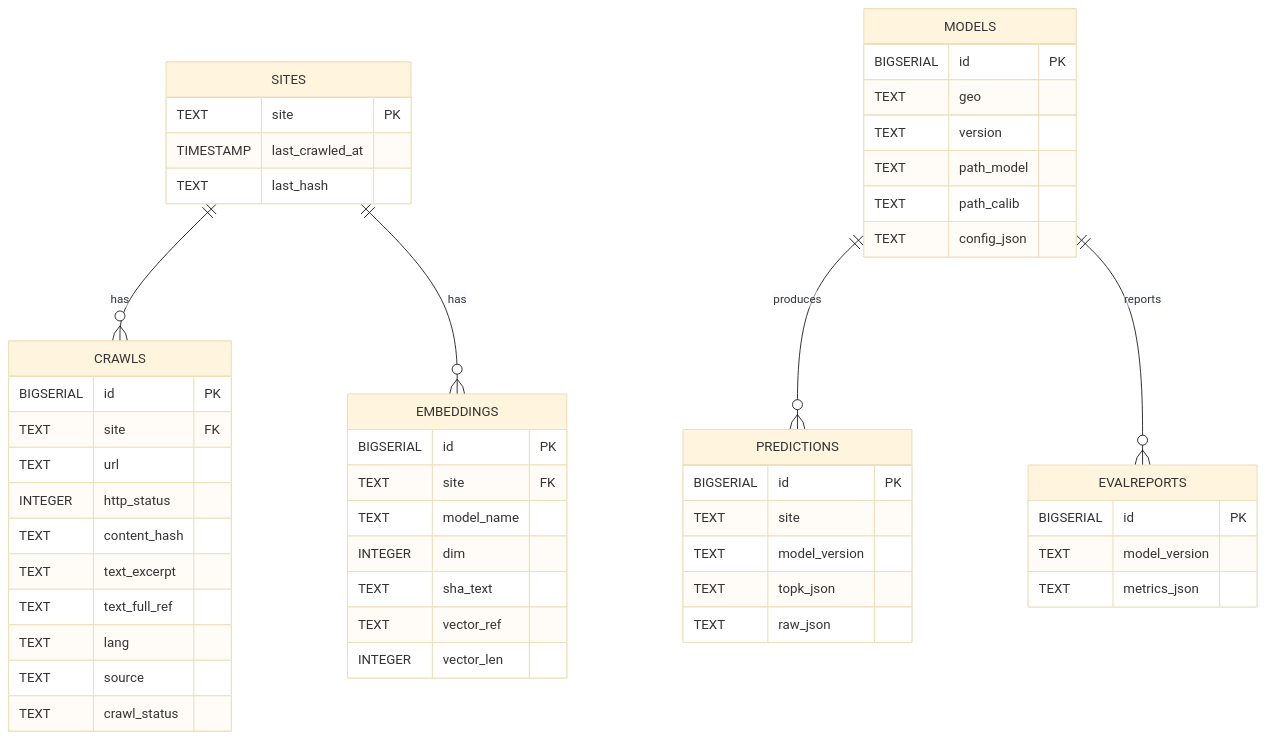
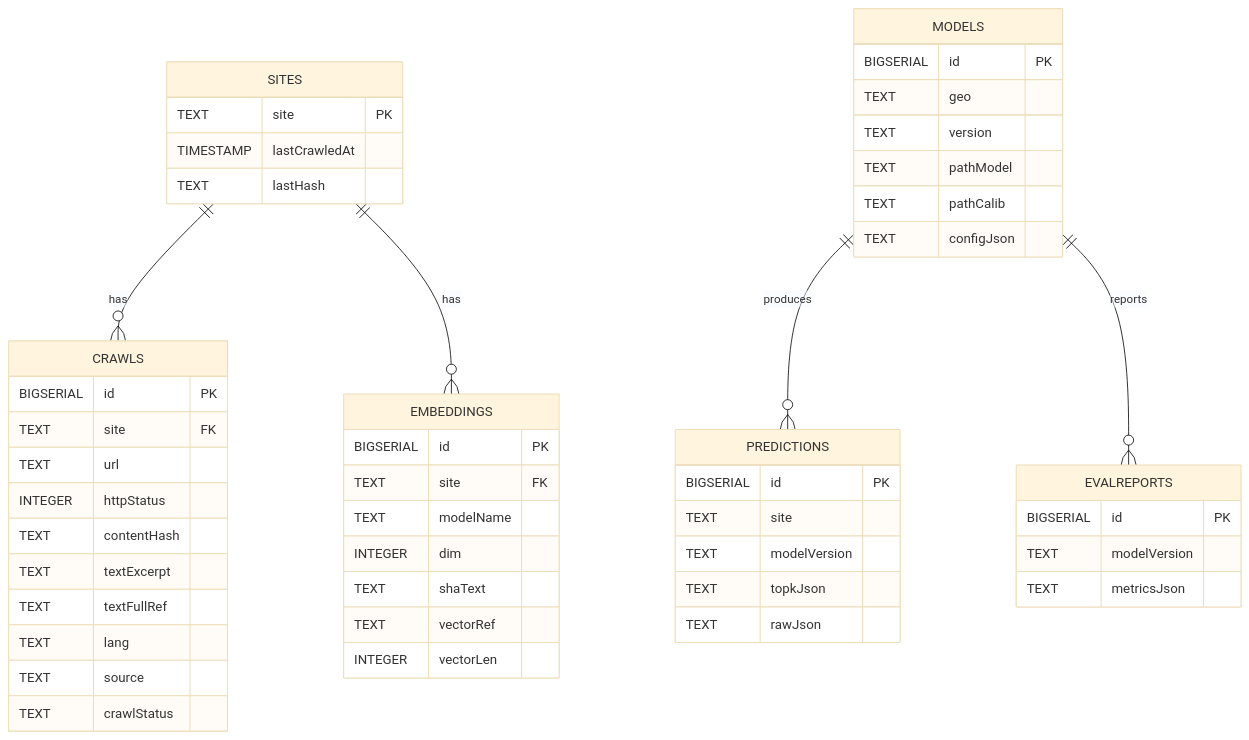
Before and after one commit to r2ik3r/ai.website-verticalization: the third of 3 diagrams in docs/website_verticalizer_deep_dive.md, drawn with Mermaid (base theme). The commit also changed other lines of this file and 39 other files, not shown here.

````diff
--- a/docs/website_verticalizer_deep_dive.md
+++ b/docs/website_verticalizer_deep_dive.md
@@ -77,54 +88,14 @@
 ```mermaid
 erDiagram
   SITES ||--o{ CRAWLS : has
   SITES ||--o{ EMBEDDINGS : has
   MODELS ||--o{ PREDICTIONS : produces
   MODELS ||--o{ EVALREPORTS : reports
 
-  SITES {
-    TEXT site PK
-    TIMESTAMP last_crawled_at
-    TEXT last_hash
-  }
-  CRAWLS {
-    BIGSERIAL id PK
-    TEXT site FK
-    TEXT url
-    INTEGER http_status
-    TEXT content_hash
-    TEXT text_excerpt
-    TEXT text_full_ref
-    TEXT lang
-    TEXT source
-    TEXT crawl_status
-  }
-  EMBEDDINGS {
-    BIGSERIAL id PK
-    TEXT site FK
-    TEXT model_name
-    INTEGER dim
-    TEXT sha_text
-    TEXT vector_ref
-    INTEGER vector_len
-  }
-  MODELS {
-    BIGSERIAL id PK
-    TEXT geo
-    TEXT version
-    TEXT path_model
-    TEXT path_calib
-    TEXT config_json
-  }
-  PREDICTIONS {
-    BIGSERIAL id PK
-    TEXT site
-    TEXT model_version
-    TEXT topk_json
-    TEXT raw_json
-  }
-  EVALREPORTS {
-    BIGSERIAL id PK
-    TEXT model_version
-    TEXT metrics_json
-  }
+  SITES { TEXT site PK TIMESTAMP lastCrawledAt TEXT lastHash }
+  CRAWLS { BIGSERIAL id PK TEXT site FK TEXT url INTEGER httpStatus TEXT contentHash TEXT textExcerpt TEXT textFullRef TEXT lang TEXT source TEXT crawlStatus }
+  EMBEDDINGS { BIGSERIAL id PK TEXT site FK TEXT modelName INTEGER dim TEXT shaText TEXT vectorRef INTEGER vectorLen }
+  MODELS { BIGSERIAL id PK TEXT geo TEXT version TEXT pathModel TEXT pathCalib TEXT configJson }
+  PREDICTIONS { BIGSERIAL id PK TEXT site TEXT modelVersion TEXT topkJson TEXT rawJson }
+  EVALREPORTS { BIGSERIAL id PK TEXT modelVersion TEXT metricsJson }
 ```
````
